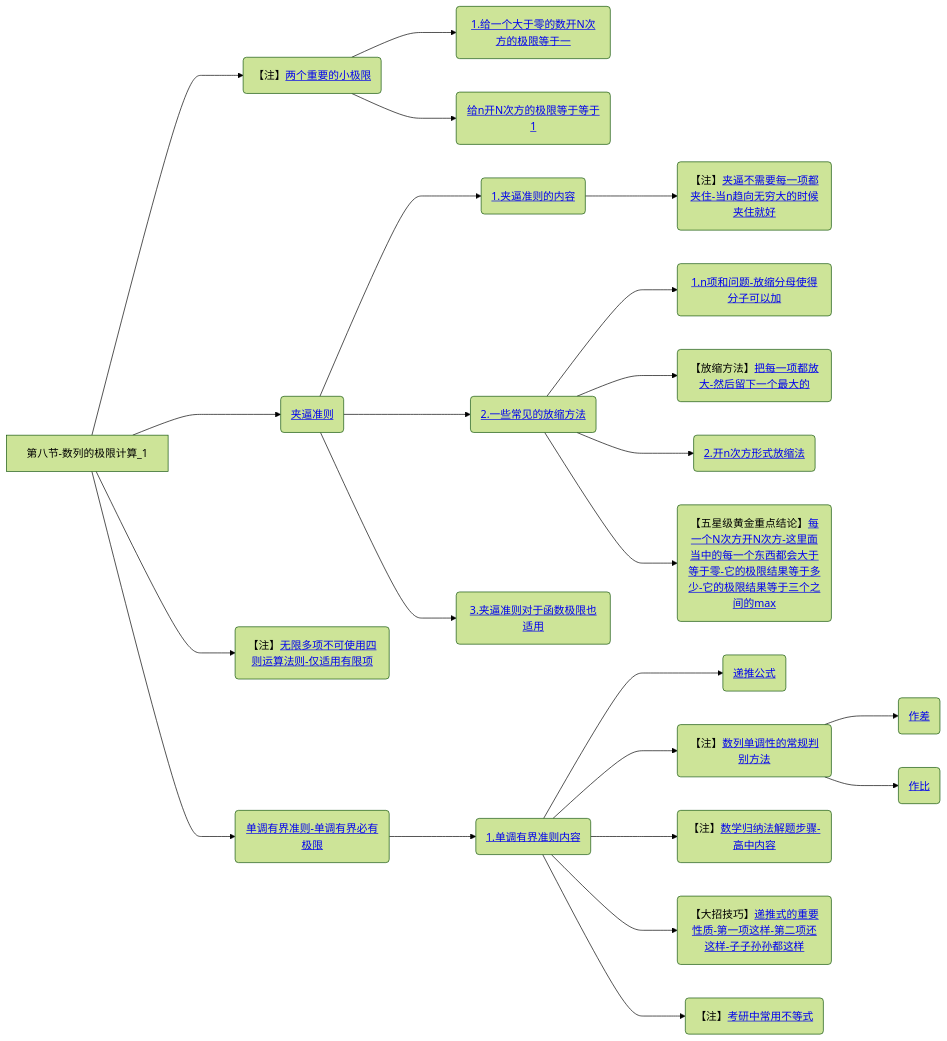
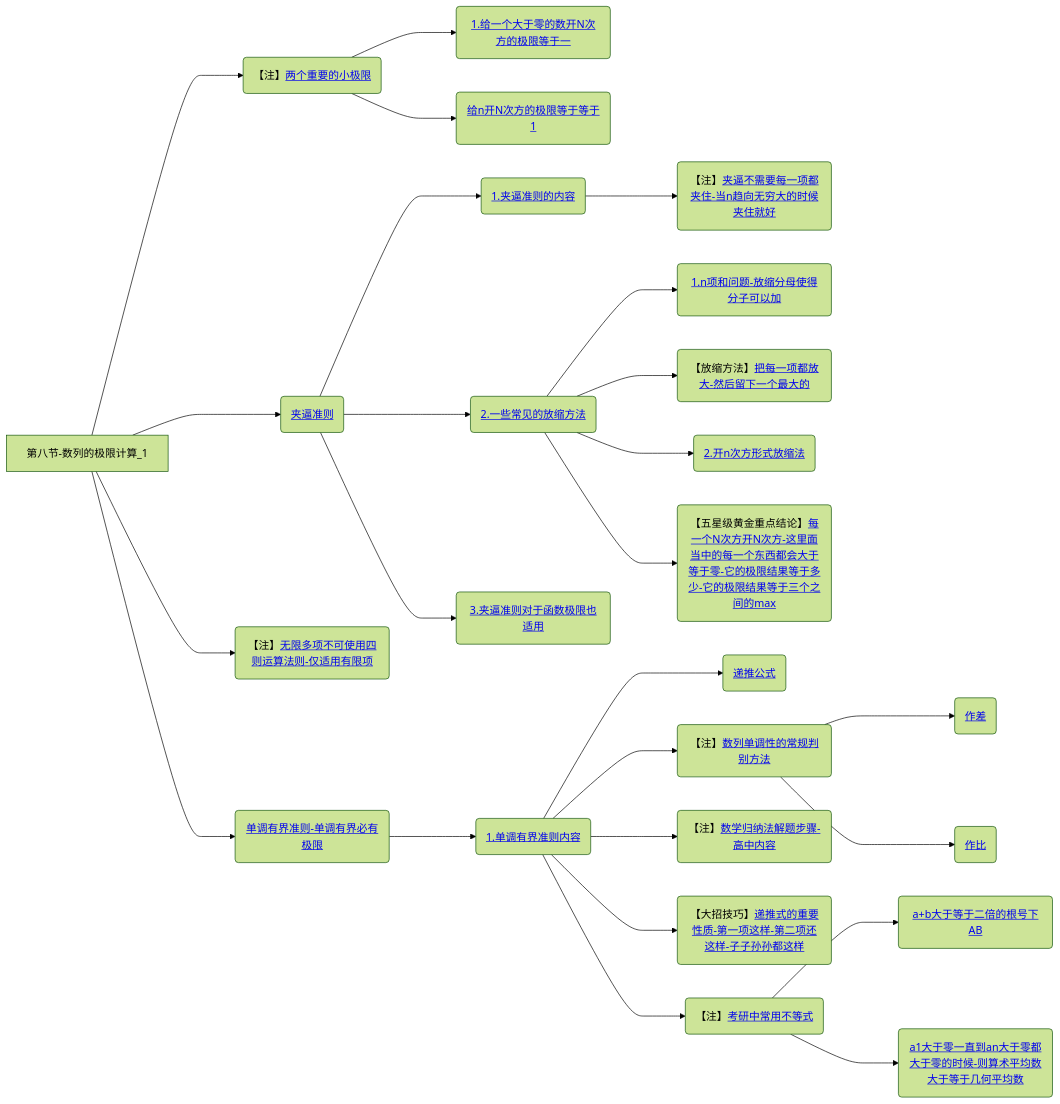
Before and after one commit to yuebinghui/note: the eighth of 8 diagrams in 笔记/数学/周洋鑫/01.基础班思维导图.md, drawn with Mermaid (forest theme). The commit also changed 6 other files, not shown here.

````diff
--- a/笔记/数学/周洋鑫/01.基础班思维导图.md
+++ b/笔记/数学/周洋鑫/01.基础班思维导图.md
@@ -311,33 +311,35 @@
 ```mermaid
 graph LR
 第八节-数列的极限计算_1
 
 第八节-数列的极限计算_1--->两个重要的小极限(【注】<a href="/Users/yuebinghui/Documents/program/github/note/笔记/数学/周洋鑫/基础班/08.数列的极限计算_1.md#两个重要的小极限">两个重要的小极限</>)
 两个重要的小极限--->1.给一个大于零的数开N次方的极限等于一(<a href="/Users/yuebinghui/Documents/program/github/note/笔记/数学/周洋鑫/基础班/08.数列的极限计算_1.md#1.给一个大于零的数开N次方的极限等于一">1.给一个大于零的数开N次方的极限等于一</>)
 两个重要的小极限--->给n开N次方的极限等于等于1(<a href="/Users/yuebinghui/Documents/program/github/note/笔记/数学/周洋鑫/基础班/08.数列的极限计算_1.md#给n开N次方的极限等于等于1">给n开N次方的极限等于等于1</>)
 
 第八节-数列的极限计算_1--->夹逼准则(<a href="/Users/yuebinghui/Documents/program/github/note/笔记/数学/周洋鑫/基础班/08.数列的极限计算_1.md#夹逼准则">夹逼准则</>)
 夹逼准则--->1.夹逼准则的内容(<a href="/Users/yuebinghui/Documents/program/github/note/笔记/数学/周洋鑫/基础班/08.数列的极限计算_1.md#1.夹逼准则的内容">1.夹逼准则的内容</>)
 1.夹逼准则的内容--->夹逼不需要每一项都夹住-当n趋向无穷大的时候夹住就好(【注】<a href="/Users/yuebinghui/Documents/program/github/note/笔记/数学/周洋鑫/基础班/08.数列的极限计算_1.md#夹逼不需要每一项都夹住-当n趋向无穷大的时候夹住就好">夹逼不需要每一项都夹住-当n趋向无穷大的时候夹住就好</>)
 
 第八节-数列的极限计算_1--->无限多项不可使用四则运算法则-仅适用有限项(【注】<a href="/Users/yuebinghui/Documents/program/github/note/笔记/数学/周洋鑫/基础班/08.数列的极限计算_1.md#无限多项不可使用四则运算法则-仅适用有限项">无限多项不可使用四则运算法则-仅适用有限项</>)
 
 夹逼准则--->2.一些常见的放缩方法(<a href="/Users/yuebinghui/Documents/program/github/note/笔记/数学/周洋鑫/基础班/08.数列的极限计算_1.md#2.一些常见的放缩方法">2.一些常见的放缩方法</>)
 2.一些常见的放缩方法--->1.n项和问题-放缩分母使得分子可以加(<a href="/Users/yuebinghui/Documents/program/github/note/笔记/数学/周洋鑫/基础班/08.数列的极限计算_1.md#1.n项和问题-放缩分母使得分子可以加">1.n项和问题-放缩分母使得分子可以加</>)
 2.一些常见的放缩方法--->把每一项都放大-然后留下一个最大的(【放缩方法】<a href="/Users/yuebinghui/Documents/program/github/note/笔记/数学/周洋鑫/基础班/08.数列的极限计算_1.md#把每一项都放大-然后留下一个最大的">把每一项都放大-然后留下一个最大的</>)
 2.一些常见的放缩方法--->2.开n次方形式放缩法(<a href="/Users/yuebinghui/Documents/program/github/note/笔记/数学/周洋鑫/基础班/08.数列的极限计算_1.md#2.开n次方形式放缩法">2.开n次方形式放缩法</>)
 2.一些常见的放缩方法--->每一个N次方开N次方-这里面当中的每一个东西都会大于等于零-它的极限结果等于多少-它的极限结果等于三个之间的max(【五星级黄金重点结论】<a href="/Users/yuebinghui/Documents/program/github/note/笔记/数学/周洋鑫/基础班/08.数列的极限计算_1.md#每一个N次方开N次方-这里面当中的每一个东西都会大于等于零-它的极限结果等于多少-它的极限结果等于三个之间的max">每一个N次方开N次方-这里面当中的每一个东西都会大于等于零-它的极限结果等于多少-它的极限结果等于三个之间的max</>)
 
 夹逼准则--->3.夹逼准则对于函数极限也适用(<a href="/Users/yuebinghui/Documents/program/github/note/笔记/数学/周洋鑫/基础班/08.数列的极限计算_1.md#3.夹逼准则对于函数极限也适用">3.夹逼准则对于函数极限也适用</>)
 
 第八节-数列的极限计算_1--->单调有界准则-单调有界必有极限(<a href="/Users/yuebinghui/Documents/program/github/note/笔记/数学/周洋鑫/基础班/08.数列的极限计算_1.md#单调有界准则-单调有界必有极限">单调有界准则-单调有界必有极限</>)
 单调有界准则-单调有界必有极限--->1.单调有界准则内容(<a href="/Users/yuebinghui/Documents/program/github/note/笔记/数学/周洋鑫/基础班/08.数列的极限计算_1.md#1.单调有界准则内容">1.单调有界准则内容</>)
 1.单调有界准则内容--->递推公式(<a href="/Users/yuebinghui/Documents/program/github/note/笔记/数学/周洋鑫/基础班/08.数列的极限计算_1.md#递推公式">递推公式</>)
 1.单调有界准则内容--->数列单调性的常规判别方法(【注】<a href="/Users/yuebinghui/Documents/program/github/note/笔记/数学/周洋鑫/基础班/08.数列的极限计算_1.md#数列单调性的常规判别方法">数列单调性的常规判别方法</>)
 数列单调性的常规判别方法--->作差(<a href="/Users/yuebinghui/Documents/program/github/note/笔记/数学/周洋鑫/基础班/08.数列的极限计算_1.md#作差">作差</>)
 数列单调性的常规判别方法--->作比(<a href="/Users/yuebinghui/Documents/program/github/note/笔记/数学/周洋鑫/基础班/08.数列的极限计算_1.md#作比">作比</>)
 1.单调有界准则内容--->数学归纳法解题步骤-高中内容(【注】<a href="/Users/yuebinghui/Documents/program/github/note/笔记/数学/周洋鑫/基础班/08.数列的极限计算_1.md#数学归纳法解题步骤-高中内容">数学归纳法解题步骤-高中内容</>)
 1.单调有界准则内容--->递推式的重要性质-第一项这样-第二项还这样-子子孙孙都这样(【大招技巧】<a href="/Users/yuebinghui/Documents/program/github/note/笔记/数学/周洋鑫/基础班/08.数列的极限计算_1.md#递推式的重要性质-第一项这样-第二项还这样-子子孙孙都这样">递推式的重要性质-第一项这样-第二项还这样-子子孙孙都这样</>)
 1.单调有界准则内容--->考研中常用不等式(【注】<a href="/Users/yuebinghui/Documents/program/github/note/笔记/数学/周洋鑫/基础班/08.数列的极限计算_1.md#考研中常用不等式">考研中常用不等式</>)
+考研中常用不等式--->a+b大于等于二倍的根号下AB(<a href="/Users/yuebinghui/Documents/program/github/note/笔记/数学/周洋鑫/基础班/08.数列的极限计算_1.md#a+b大于等于二倍的根号下AB">a+b大于等于二倍的根号下AB</>)
+考研中常用不等式--->a1大于零一直到an大于零都大于零的时候-则算术平均数大于等于几何平均数(<a href="/Users/yuebinghui/Documents/program/github/note/笔记/数学/周洋鑫/基础班/08.数列的极限计算_1.md#a1大于零一直到an大于零都大于零的时候-则算术平均数大于等于几何平均数">a1大于零一直到an大于零都大于零的时候-则算术平均数大于等于几何平均数</>)
 
 ```
````
